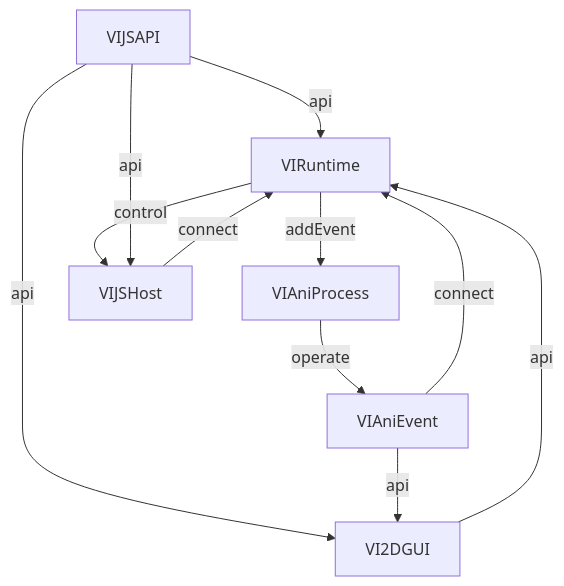
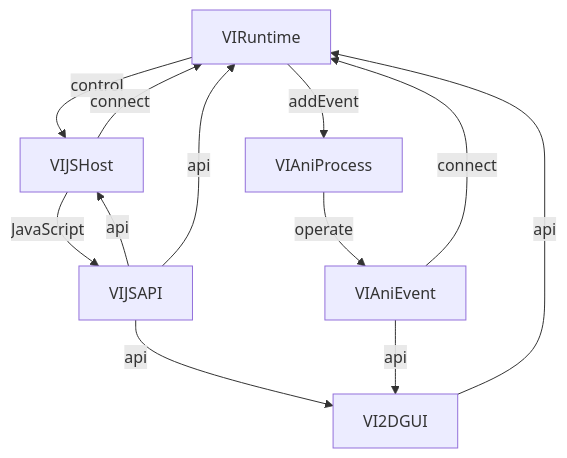
Before and after one commit to WeaveStudio-of-UYXA/Visindigo: the diagram in DesignStruct.md, drawn with Mermaid.

````diff
--- a/DesignStruct.md
+++ b/DesignStruct.md
@@ -3,13 +3,14 @@
 ```mermaid
 graph TB
 VIRuntime -- addEvent --> VIAniProcess
 VIAniProcess -- operate --> VIAniEvent
 VIAniEvent -- connect --> VIRuntime
 VIRuntime -- control --> VIJSHost
 VIJSHost -- connect --> VIRuntime
 VIJSAPI -- api --> VIJSHost
 VIJSAPI -- api --> VIRuntime
 VIJSAPI -- api --> VI2DGUI
+VIJSHost -- JavaScript --> VIJSAPI
 VIAniEvent -- api --> VI2DGUI
 VI2DGUI -- api --> VIRuntime
 ```
````
